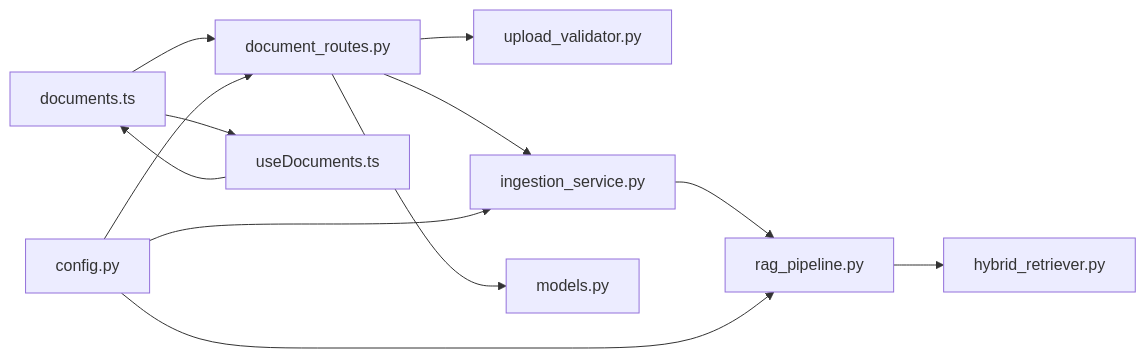
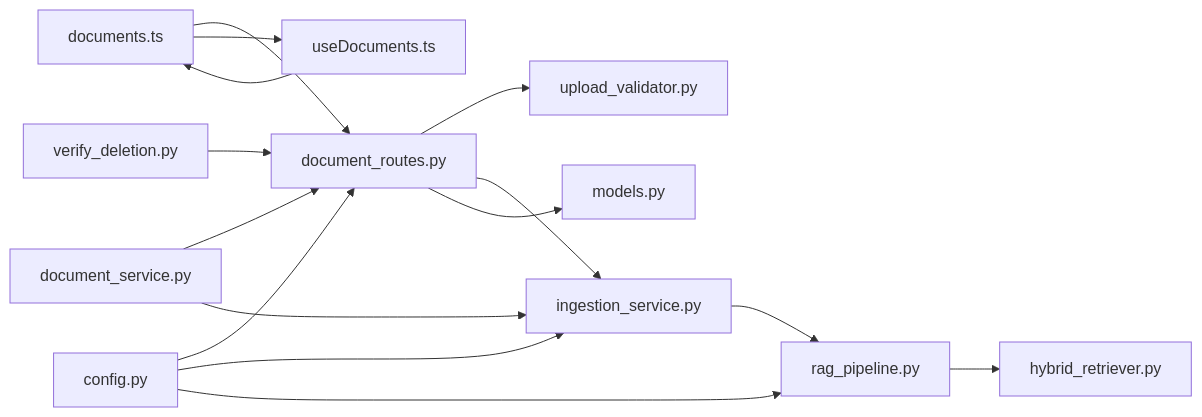
The fifth of 5 diagrams in .qoder/repowiki/en/content/API Reference/Administrative API/Document Management API.md (genes8/private-ai), drawn with Mermaid before and after one commit. The commit also changed other lines of this file and 36 other files, not shown here.

````diff
--- a/.qoder/repowiki/en/content/API Reference/Administrative API/Document Management API.md
+++ b/.qoder/repowiki/en/content/API Reference/Administrative API/Document Management API.md
@@ -358,14 +540,17 @@
 ```mermaid
 graph LR
 FE["documents.ts"] --> DR["document_routes.py"]
 DR --> UV["upload_validator.py"]
 DR --> IS["ingestion_service.py"]
 IS --> RP["rag_pipeline.py"]
 RP --> HR["hybrid_retriever.py"]
 DR --> DBM["models.py"]
 CFG["config.py"] --> DR
 CFG --> IS
 CFG --> RP
 FE --> UDH["useDocuments.ts"]
 UDH --> FE
+DS["document_service.py"] --> DR
+DS --> IS
+VD["verify_deletion.py"] --> DR
 ```
````
